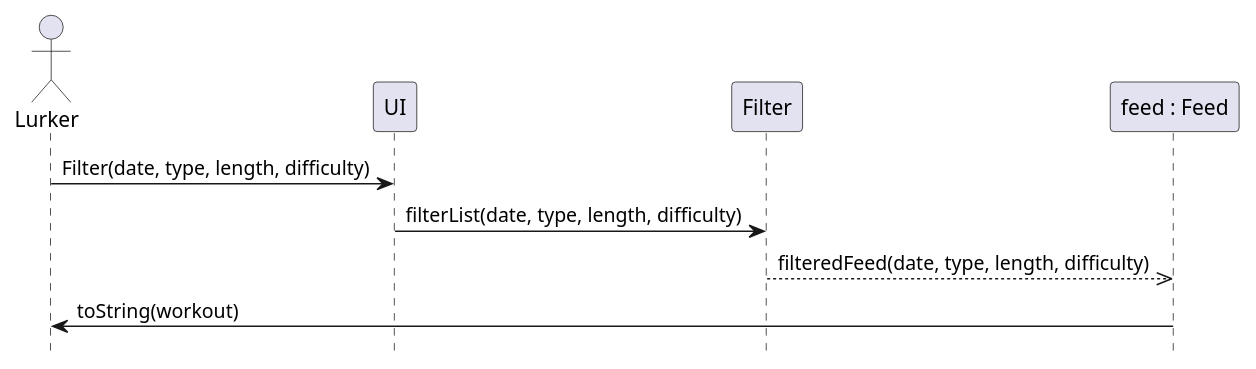
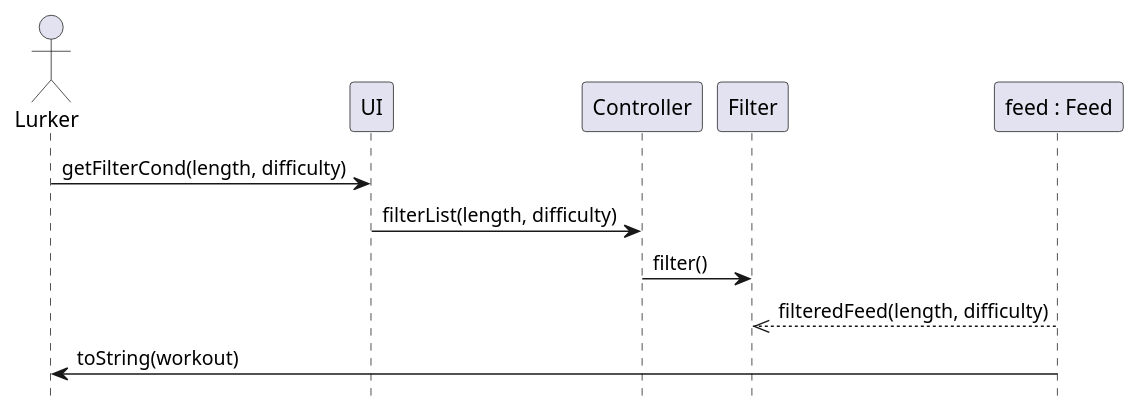
Before and after one commit to arun-guruswamy/workout-networking: the third of 5 diagrams in doc/design.md, drawn with PlantUML. The commit also changed other lines of this file and 1 other file, not shown here.

````diff
--- a/doc/design.md
+++ b/doc/design.md
@@ -70,14 +74,16 @@
 ```plantuml 
 @startuml
 hide footbox
 actor Lurker as lurker
 participant "UI" as ui
+participant "Controller" as controller 
 participant "Filter" as filter
 participant "feed : Feed" as feed 
 
-lurker -> ui : Filter(date, type, length, difficulty) 
-ui -> filter : filterList(date, type, length, difficulty) 
-filter -->> feed : filteredFeed(date, type, length, difficulty)
+lurker -> ui : getFilterCond(length, difficulty) 
+ui -> controller: filterList(length, difficulty) 
+controller -> filter : filter()
+filter <<-- feed : filteredFeed(length, difficulty)
 feed -> lurker : toString(workout)
 @enduml
 ```
````
